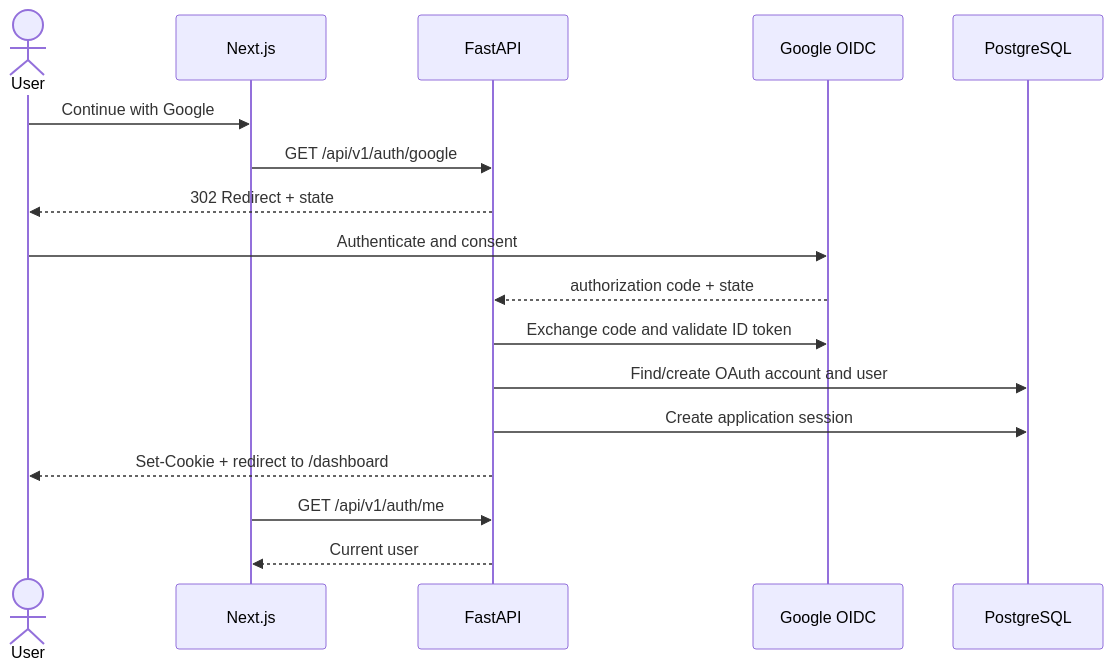
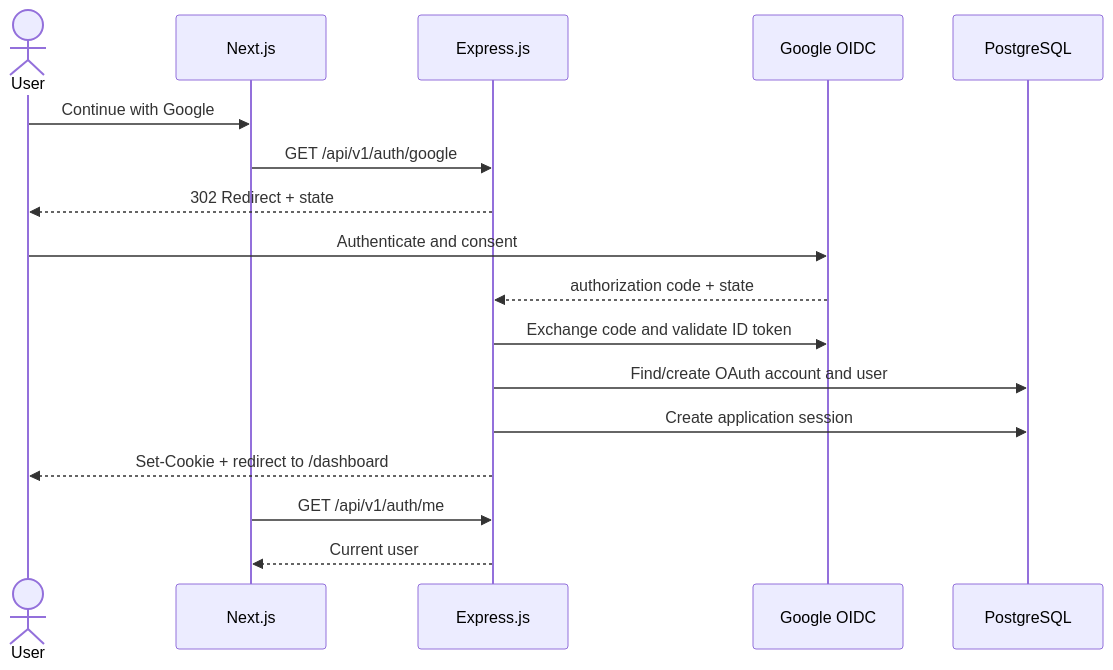
Before and after one commit to SteveJO789/LearnlyAi: the diagram in docs/authentication.md, drawn with Mermaid. The commit also changed other lines of this file and 7 other files, not shown here.

Commit message:
docs: switch backend architecture to Express.js

````diff
--- a/docs/authentication.md
+++ b/docs/authentication.md
@@ -11,20 +11,20 @@
 ```mermaid
 sequenceDiagram
     actor U as User
     participant W as Next.js
-    participant A as FastAPI
+    participant A as Express.js
     participant G as Google OIDC
     participant D as PostgreSQL
 
     U->>W: Continue with Google
     W->>A: GET /api/v1/auth/google
     A-->>U: 302 Redirect + state
     U->>G: Authenticate and consent
     G-->>A: authorization code + state
     A->>G: Exchange code and validate ID token
     A->>D: Find/create OAuth account and user
     A->>D: Create application session
     A-->>U: Set-Cookie + redirect to /dashboard
     W->>A: GET /api/v1/auth/me
     A-->>W: Current user
 ```
````
